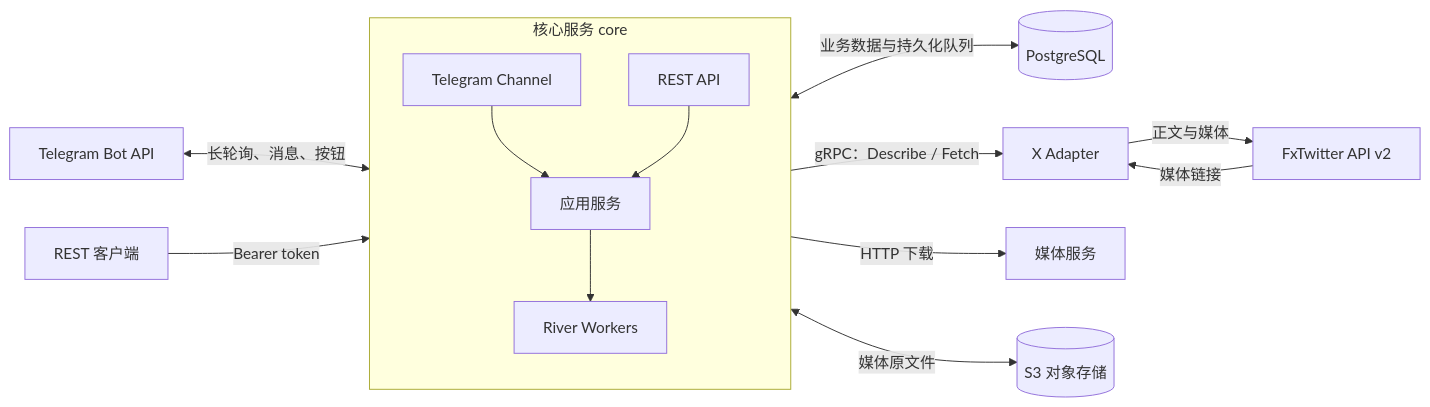
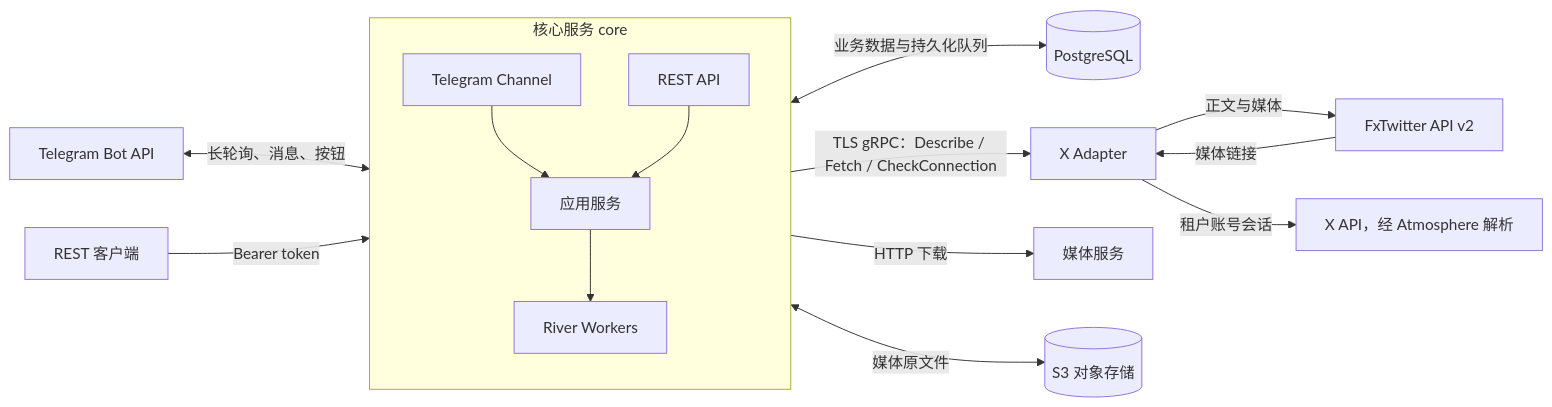
The first of 2 diagrams in docs/architecture.md (sxzz/midden), drawn with Mermaid before and after one commit. The commit also changed other lines of this file and 233 other files, not shown here.

````diff
--- a/docs/architecture.md
+++ b/docs/architecture.md
@@ -7,20 +7,21 @@
 ```mermaid
 flowchart LR
     TG[Telegram Bot API] <-->|长轮询、消息、按钮| Core
     API[REST 客户端] -->|Bearer token| Core
     subgraph Core[核心服务 core]
         Channel[Telegram Channel]
         REST[REST API]
         App[应用服务]
         Workers[River Workers]
         Channel --> App
         REST --> App
         App --> Workers
     end
     Core <-->|业务数据与持久化队列| PG[(PostgreSQL)]
-    Core -->|gRPC：Describe / Fetch| Adapter[X Adapter]
+    Core -->|TLS gRPC：Describe / Fetch / CheckConnection| Adapter[X Adapter]
     Adapter -->|正文与媒体| Provider[FxTwitter API v2]
     Provider -->|媒体链接| Adapter
+    Adapter -->|租户账号会话| X[X API，经 Atmosphere 解析]
     Core -->|HTTP 下载| Media[媒体服务]
     Core <-->|媒体原文件| S3[(S3 对象存储)]
 ```
````
